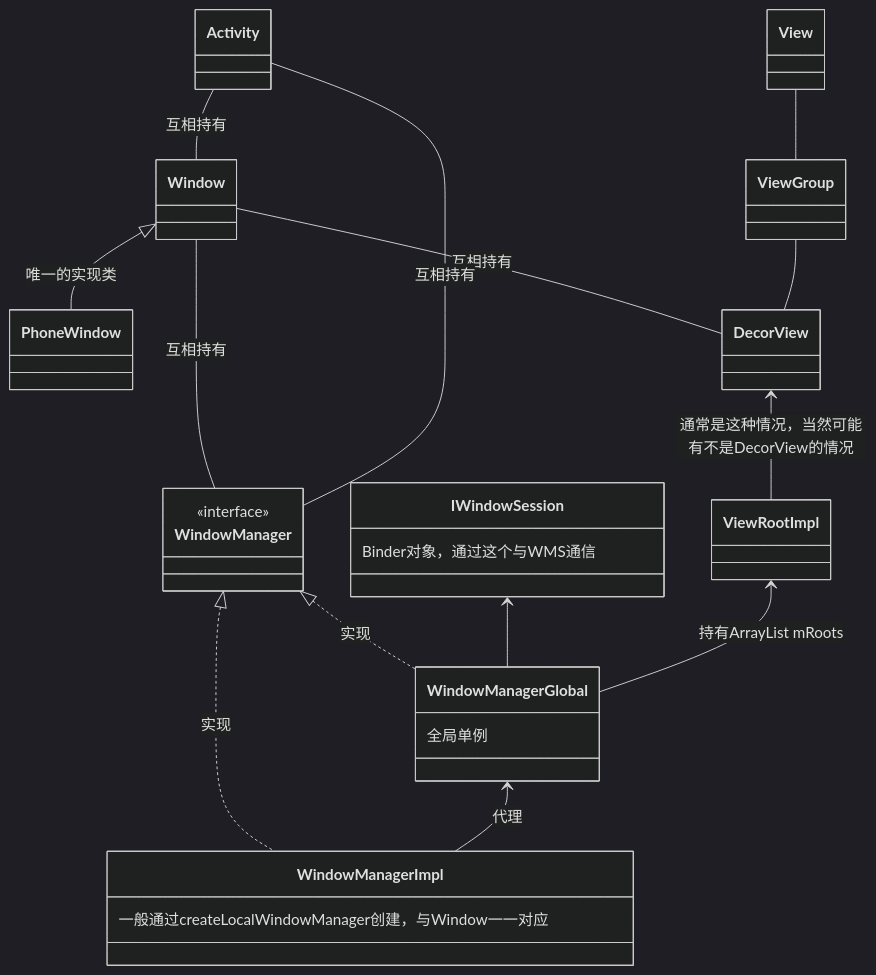
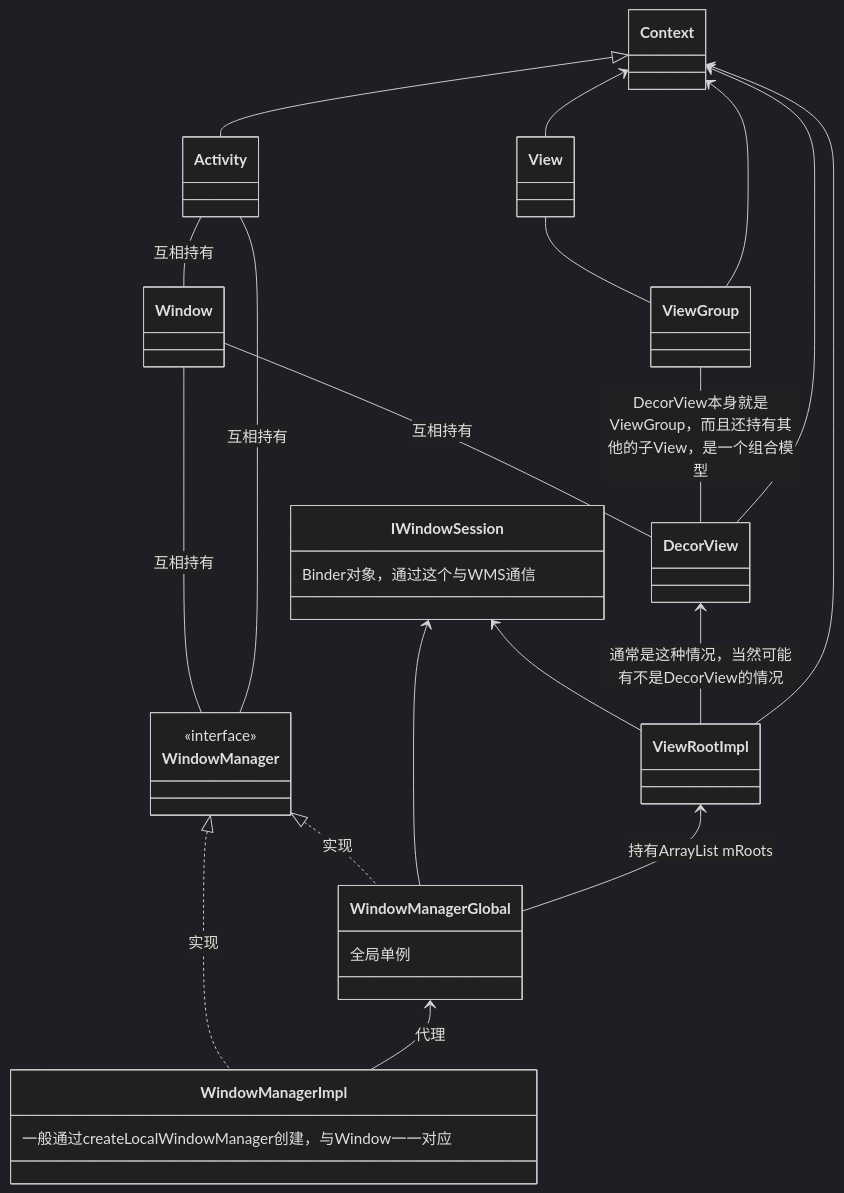
Before and after one commit to sweetwong/Android-Interview-QA: the diagram in 源码/Activity的显示原理？.md, drawn with Mermaid (dark theme). The commit also changed other lines of this file, not shown here.

````diff
--- a/源码/Activity的显示原理？.md
+++ b/源码/Activity的显示原理？.md
@@ -23,32 +23,37 @@
 ```mermaid
 classDiagram
 WindowManager <|.. WindowManagerImpl : 实现
 WindowManager <|.. WindowManagerGlobal : 实现
 WindowManagerGlobal <-- WindowManagerImpl : 代理
 IWindowSession <-- WindowManagerGlobal
+IWindowSession <-- ViewRootImpl
 Window -- WindowManager : 互相持有
-Window <|-- PhoneWindow: 唯一的实现类
 Window -- DecorView : 互相持有
 Activity -- Window : 互相持有
 Activity -- WindowManager : 互相持有
 ViewRootImpl <-- WindowManagerGlobal : 持有ArrayList<ViewRootImpl> mRoots
 DecorView <-- ViewRootImpl : 通常是这种情况，当然可能有不是DecorView的情况
-ViewGroup -- DecorView
+ViewGroup -- DecorView : DecorView本身就是ViewGroup，而且还持有其他的子View，是一个组合模型
 View -- ViewGroup
+Context <|-- Activity
+Context <-- DecorView
+Context <-- View
+Context <-- ViewGroup
+Context <-- ViewRootImpl
 
 class WindowManager {
 <<interface>>
 }
 
 class WindowManagerImpl {
 一般通过createLocalWindowManager创建，与Window一一对应
 }
 
 class WindowManagerGlobal {
 全局单例
 }
 
 class IWindowSession {
 Binder对象，通过这个与WMS通信
 }
 ```
````
